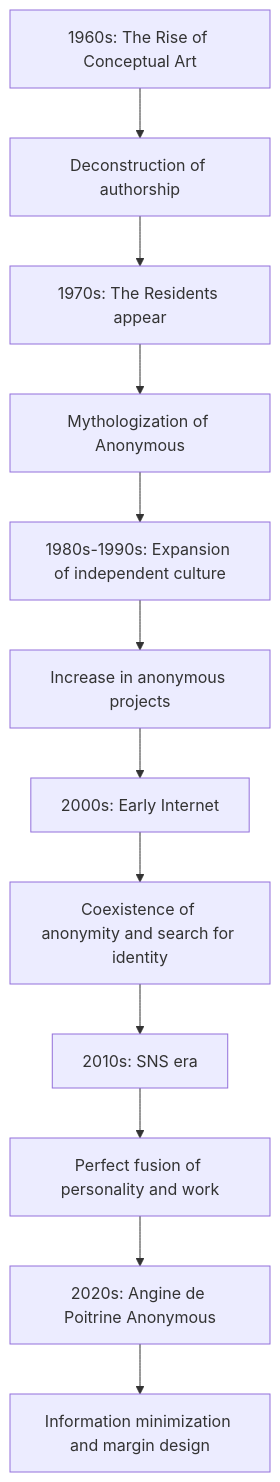
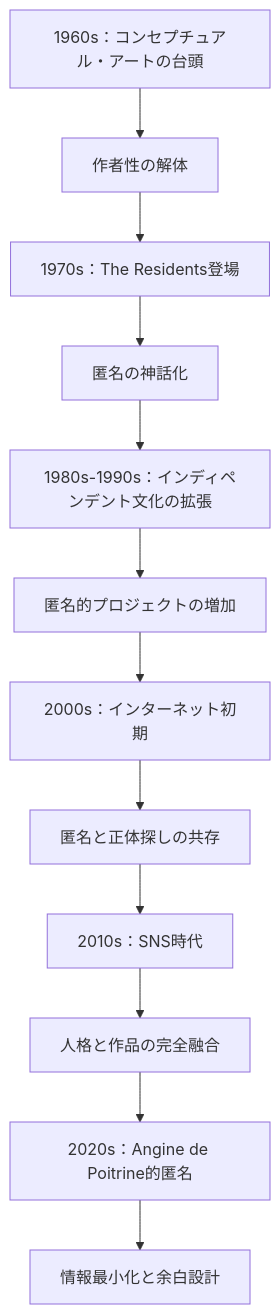
The ninth of 17 diagrams in en/_posts/2026-07-06-column-angine-de-poitrine-the-residents.md (monumental-movement/monumental-movement.github.io), drawn with Mermaid before and after one commit. The commit also changed other lines of this file and 2196 other files, not shown here.

```diff
--- a/en/_posts/2026-07-06-column-angine-de-poitrine-the-residents.md
+++ b/en/_posts/2026-07-06-column-angine-de-poitrine-the-residents.md
@@ -959,18 +958,18 @@
 <div class="mermaid">
 flowchart TD
 
-A["1960s: The Rise of Conceptual Art"]
-B["Deconstruction of authorship"]
-C["1970s: The Residents appear"]
-D["Mythologization of Anonymous"]
-E["1980s-1990s: Expansion of independent culture"]
-F["Increase in anonymous projects"]
-G["2000s: Early Internet"]
-H["Coexistence of anonymity and search for identity"]
-I["2010s: SNS era"]
-J["Perfect fusion of personality and work"]
-K["2020s: Angine de Poitrine Anonymous"]
-L["Information minimization and margin design"]
+A["1960s：コンセプチュアル・アートの台頭"]
+B["作者性の解体"]
+C["1970s：The Residents登場"]
+D["匿名の神話化"]
+E["1980s-1990s：インディペンデント文化の拡張"]
+F["匿名的プロジェクトの増加"]
+G["2000s：インターネット初期"]
+H["匿名と正体探しの共存"]
+I["2010s：SNS時代"]
+J["人格と作品の完全融合"]
+K["2020s：Angine de Poitrine的匿名"]
+L["情報最小化と余白設計"]
 
 A --> B --> C --> D --> E --> F --> G --> H --> I --> J --> K --> L
 </div>
```
